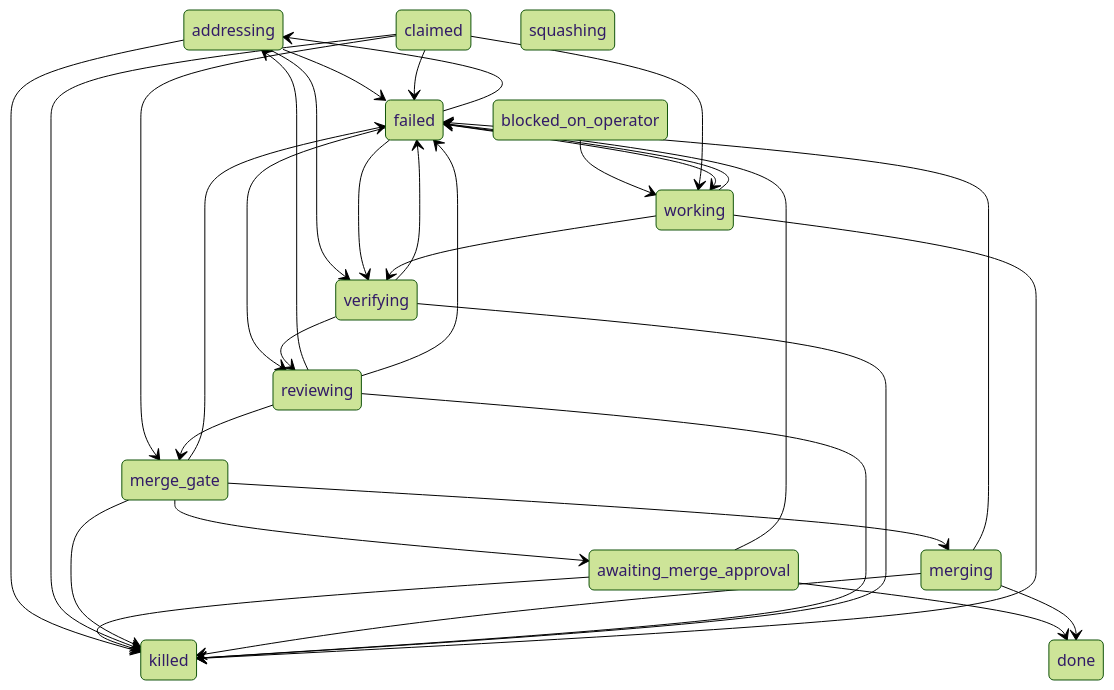
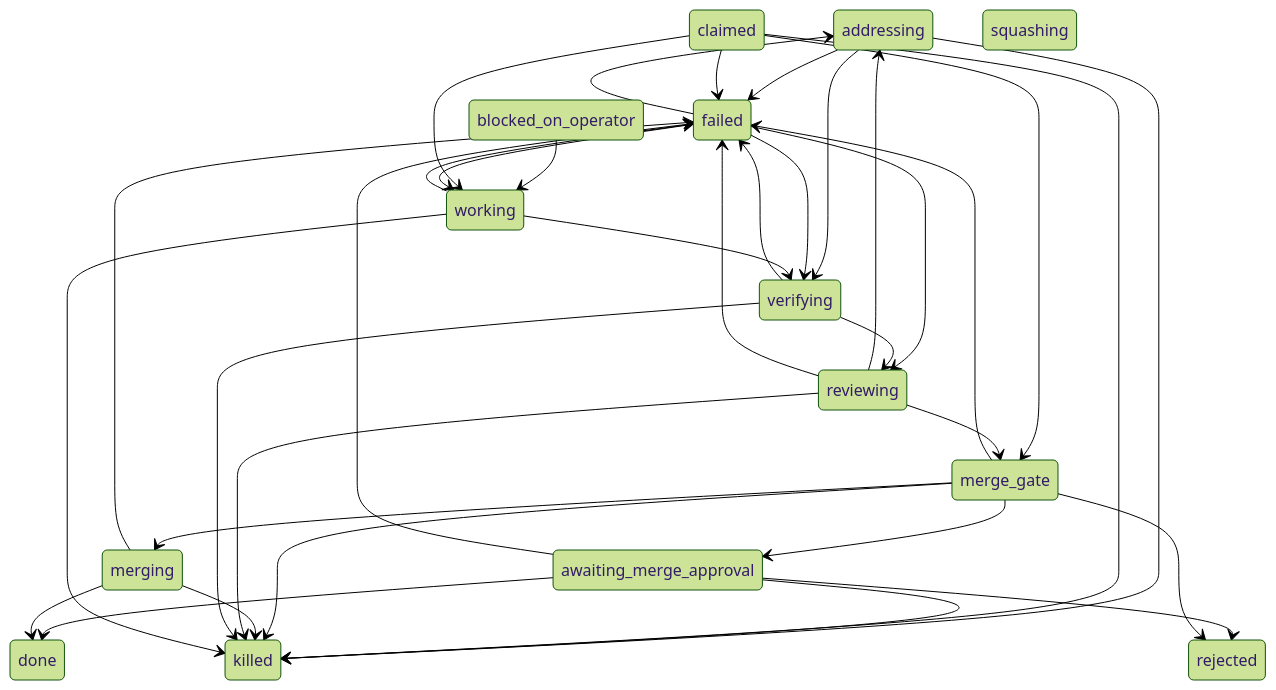
One commit to wevial/holophyte changed the second of 2 diagrams in docs/loop.md. Above: the diagram before and after it, drawn with Mermaid (forest theme). The commit also changed 16 other files, not shown here.

````diff
--- a/docs/loop.md
+++ b/docs/loop.md
@@ -339,48 +339,51 @@
 ```mermaid
 stateDiagram-v2
     addressing
     awaiting_merge_approval
     blocked_on_operator
     claimed
     done
     failed
     killed
     merge_gate
     merging
+    rejected
     reviewing
     squashing
     verifying
     working
     addressing --> failed
     addressing --> killed
     addressing --> verifying
     awaiting_merge_approval --> done
     awaiting_merge_approval --> failed
     awaiting_merge_approval --> killed
+    awaiting_merge_approval --> rejected
     blocked_on_operator --> working
     claimed --> failed
     claimed --> killed
     claimed --> merge_gate
     claimed --> working
     failed --> addressing
     failed --> reviewing
     failed --> verifying
     failed --> working
     merge_gate --> awaiting_merge_approval
     merge_gate --> failed
     merge_gate --> killed
     merge_gate --> merging
+    merge_gate --> rejected
     merging --> done
     merging --> failed
     merging --> killed
     reviewing --> addressing
     reviewing --> failed
     reviewing --> killed
     reviewing --> merge_gate
     verifying --> failed
     verifying --> killed
     verifying --> reviewing
     working --> failed
     working --> killed
     working --> verifying
 ```
````
